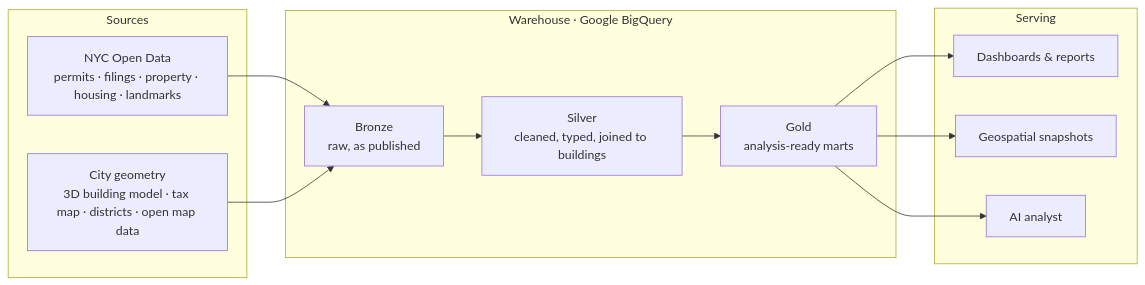
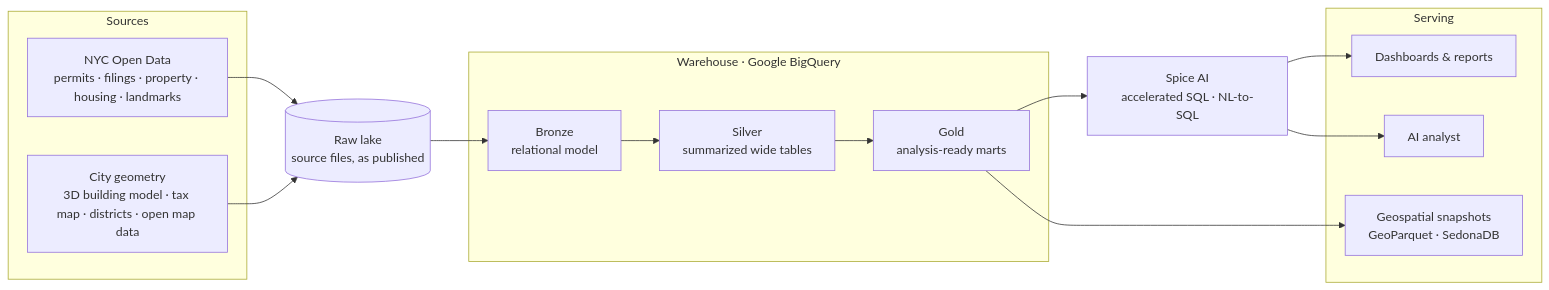
One commit to MaxwellGrant90/MaxwellGrant90 changed the diagram in README.md. Above: the diagram before and after it, drawn with Mermaid. The commit also changed other lines of this file, not shown here.

Commit message:
Add SedonaDB to geospatial serving

````diff
--- a/README.md
+++ b/README.md
@@ -62,20 +62,24 @@
 ```mermaid
 flowchart LR
   subgraph Sources
     A[NYC Open Data<br/>permits · filings · property · housing · landmarks]
     B[City geometry<br/>3D building model · tax map · districts · open map data]
   end
+  L[(Raw lake<br/>source files, as published)]
   subgraph Warehouse["Warehouse · Google BigQuery"]
-    C[Bronze<br/>raw, as published] --> D[Silver<br/>cleaned, typed, joined to buildings] --> E[Gold<br/>analysis-ready marts]
+    C[Bronze<br/>relational model] --> D[Silver<br/>summarized wide tables] --> E[Gold<br/>analysis-ready marts]
   end
+  S[Spice AI<br/>accelerated SQL · NL-to-SQL]
   subgraph Serving
     F[Dashboards & reports]
-    G[Geospatial snapshots]
+    G[Geospatial snapshots<br/>GeoParquet · SedonaDB]
     H[AI analyst]
   end
-  A --> C
-  B --> C
-  E --> F
+  A --> L
+  B --> L
+  L --> C
+  E --> S
   E --> G
-  E --> H
+  S --> F
+  S --> H
 ```
````
